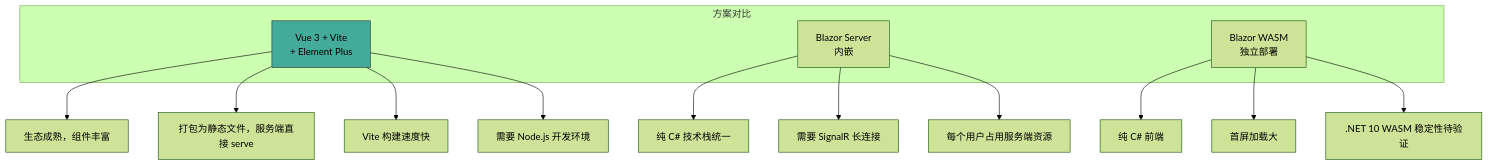
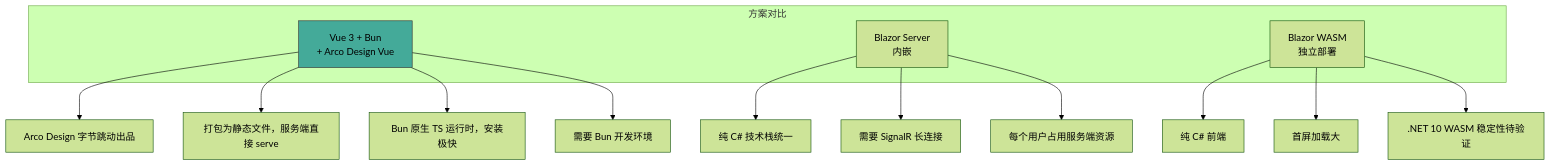
One commit to bambuo/FastTunnel changed the fifth of 12 diagrams in docs/FastTunnel-方案C-可行性分析.md. Above: the diagram before and after it, drawn with Mermaid (forest theme). The commit also changed other lines of this file and 7 other files, not shown here.

````diff
--- a/docs/FastTunnel-方案C-可行性分析.md
+++ b/docs/FastTunnel-方案C-可行性分析.md
@@ -140,23 +140,23 @@
 ```mermaid
 graph TB
     subgraph 方案对比
-        A["Vue 3 + Vite<br/>+ Element Plus"]
+        A["Vue 3 + Bun<br/>+ Arco Design Vue"]
         B["Blazor Server<br/>内嵌"]
         C["Blazor WASM<br/>独立部署"]
     end
 
-    A --> A1["生态成熟，组件丰富"]
+    A --> A1["Arco Design 字节跳动出品"]
     A --> A2["打包为静态文件，服务端直接 serve"]
-    A --> A3["Vite 构建速度快"]
-    A --> A4["需要 Node.js 开发环境"]
+    A --> A3["Bun 原生 TS 运行时，安装极快"]
+    A --> A4["需要 Bun 开发环境"]
 
     B --> B1["纯 C# 技术栈统一"]
     B --> B2["需要 SignalR 长连接"]
     B --> B3["每个用户占用服务端资源"]
 
     C --> C1["纯 C# 前端"]
     C --> C2["首屏加载大"]
     C --> C3[".NET 10 WASM 稳定性待验证"]
 
     style A fill:#4a9,stroke:#333
 ```
````
